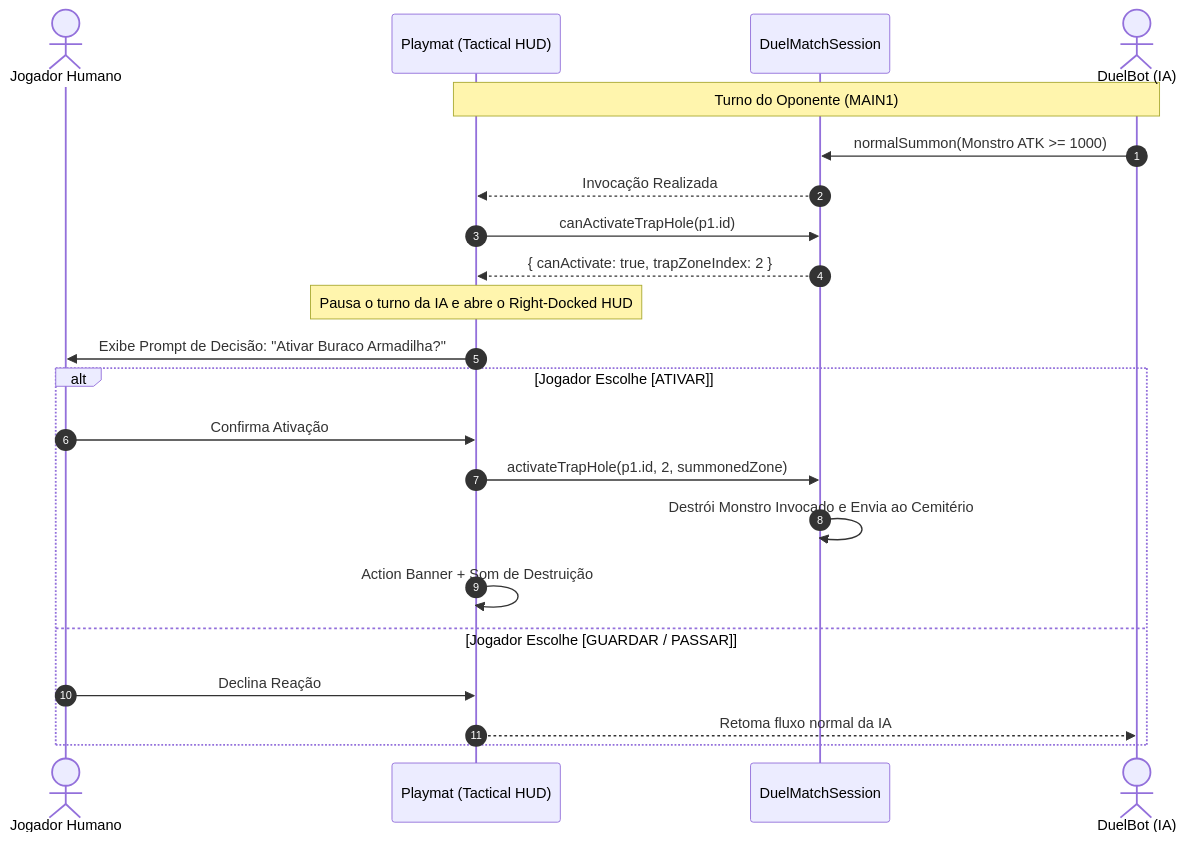
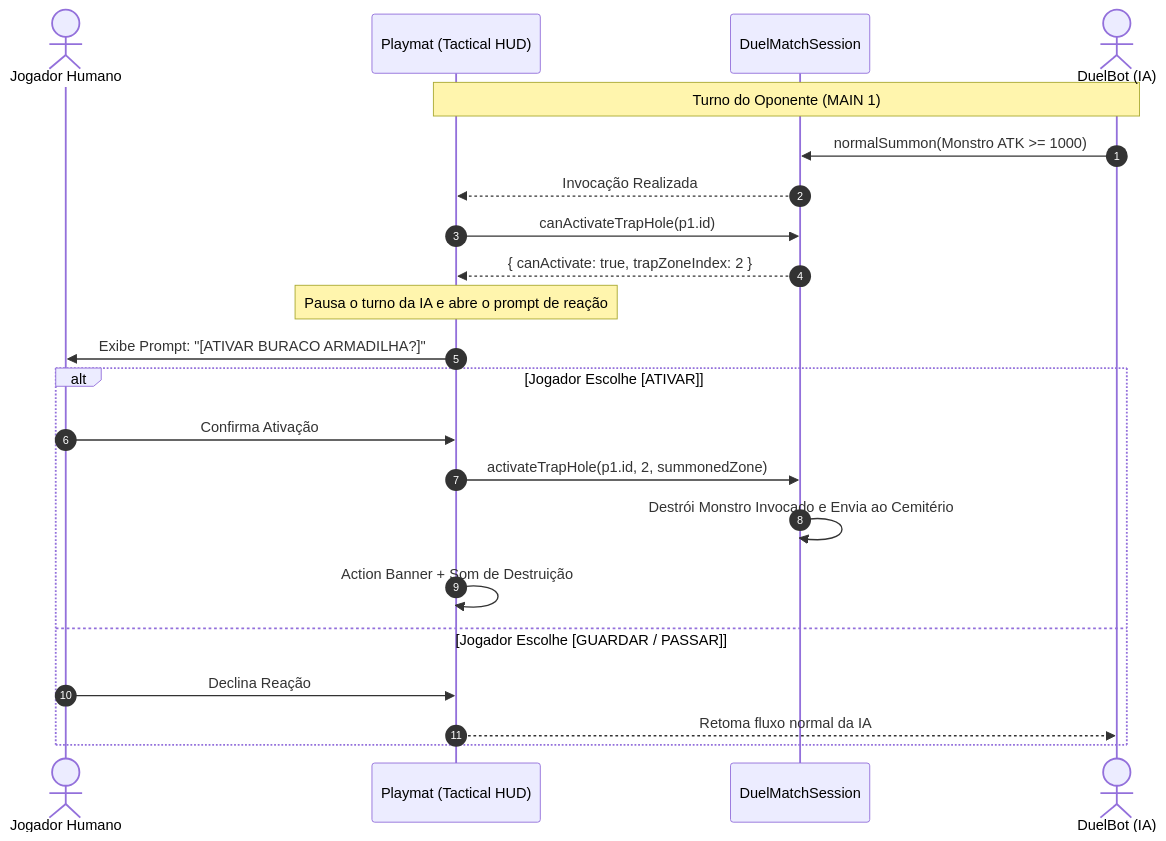
Before and after one commit to Mathz36/yugioh: the fourth of 5 diagrams in README.md, drawn with Mermaid. The commit also changed other lines of this file, not shown here.

Commit message:
docs: update README with WebGPU 3D architecture, Master Duel HUD, and 181 tests

````diff
--- a/README.md
+++ b/README.md
@@ -155,25 +164,25 @@
 ```mermaid
 sequenceDiagram
     autonumber
     actor Player as Jogador Humano
     participant Playmat as Playmat (Tactical HUD)
     participant Session as DuelMatchSession
     actor Bot as DuelBot (IA)
 
-    Note over Bot, Playmat: Turno do Oponente (MAIN1)
+    Note over Bot, Playmat: Turno do Oponente (MAIN 1)
     Bot->>Session: normalSummon(Monstro ATK >= 1000)
     Session-->>Playmat: Invocação Realizada
     Playmat->>Session: canActivateTrapHole(p1.id)
     Session-->>Playmat: { canActivate: true, trapZoneIndex: 2 }
-    Note over Playmat: Pausa o turno da IA e abre o Right-Docked HUD
-    Playmat->>Player: Exibe Prompt de Decisão: "Ativar Buraco Armadilha?"
+    Note over Playmat: Pausa o turno da IA e abre o prompt de reação
+    Playmat->>Player: Exibe Prompt: "[ATIVAR BURACO ARMADILHA?]"
     alt Jogador Escolhe [ATIVAR]
         Player->>Playmat: Confirma Ativação
         Playmat->>Session: activateTrapHole(p1.id, 2, summonedZone)
         Session->>Session: Destrói Monstro Invocado e Envia ao Cemitério
         Playmat->>Playmat: Action Banner + Som de Destruição
     else Jogador Escolhe [GUARDAR / PASSAR]
         Player->>Playmat: Declina Reação
         Playmat-->>Bot: Retoma fluxo normal da IA
     end
 ```
````
